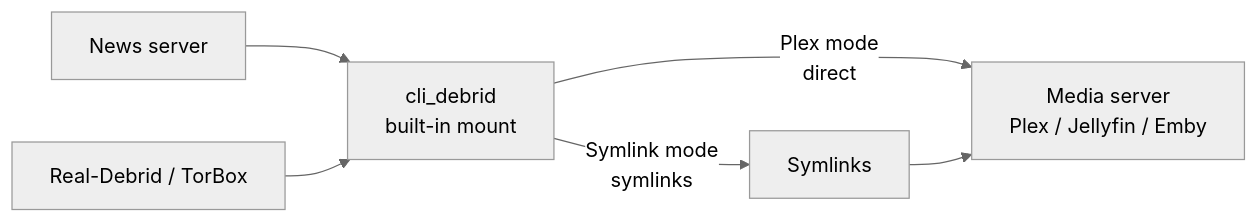
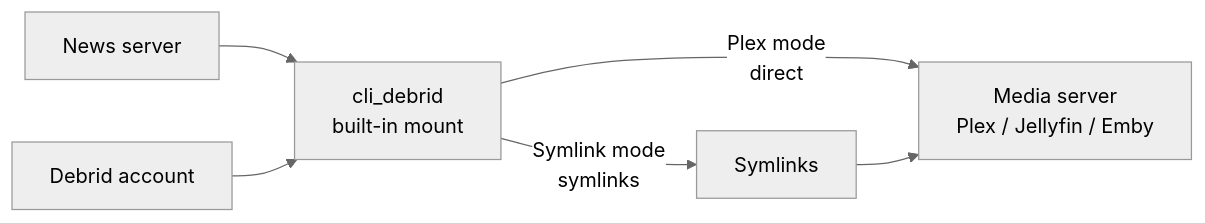
The diagram in docs/integrations/builtin-mount.md (godver3/cli_docs), drawn with Mermaid (neutral theme) before and after one commit. The commit also changed other lines of this file and 4 other files, not shown here.

````diff
--- a/docs/integrations/builtin-mount.md
+++ b/docs/integrations/builtin-mount.md
@@ -12,8 +12,8 @@
 ```mermaid
 flowchart LR
     N["News server"] --> E["cli_debrid\nbuilt-in mount"]
-    D["Real-Debrid / TorBox"] --> E
+    D["Debrid account"] --> E
     E -->|"Plex mode\ndirect"| M["Media server\nPlex / Jellyfin / Emby"]
     E -->|"Symlink mode\nsymlinks"| S["Symlinks"]
     S --> M
 ```
````
